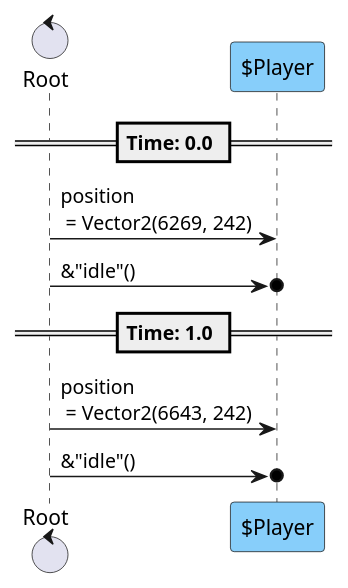
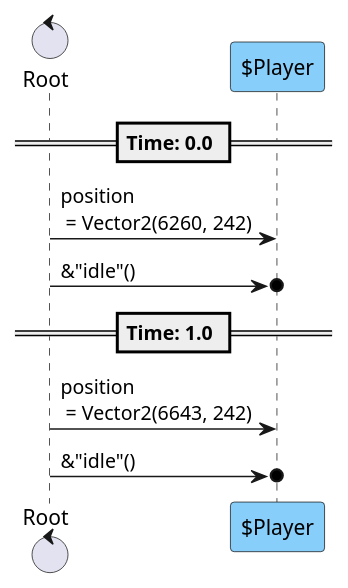
Before and after one commit to tkmfujise/Platformer-Game-Learning: the third of 8 diagrams in content/scenes/src/chapters/0/stages/0/stage_0.tscn.adoc, drawn with PlantUML. The commit also changed other lines of this file and 211 other files, not shown here.

```diff
--- a/content/scenes/src/chapters/0/stages/0/stage_0.tscn.adoc
+++ b/content/scenes/src/chapters/0/stages/0/stage_0.tscn.adoc
@@ -323,16 +324,16 @@
 [plantuml]
 ....
 control "Root" as R
 participant "$Player" as T0 #87CEFA
 
 
 
 == Time: 0.0 ==
-R  ->  T0 : position\n = Vector2(6269, 242)
+R  ->  T0 : position\n = Vector2(6260, 242)
 R  ->o  T0 : &"idle"()
 == Time: 1.0 ==
 R  ->  T0 : position\n = Vector2(6643, 242)
 R  ->o  T0 : &"idle"()
 
 
 ....
```
